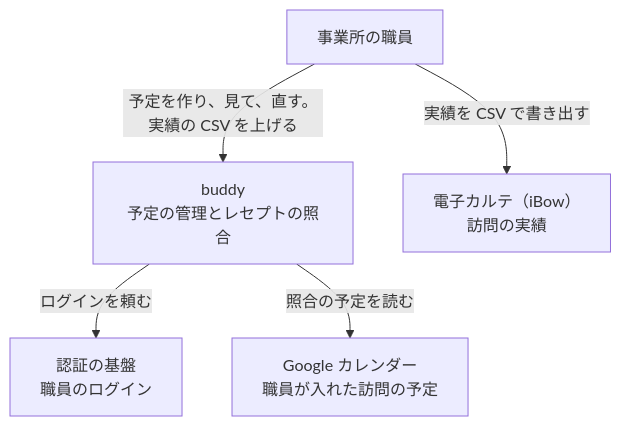
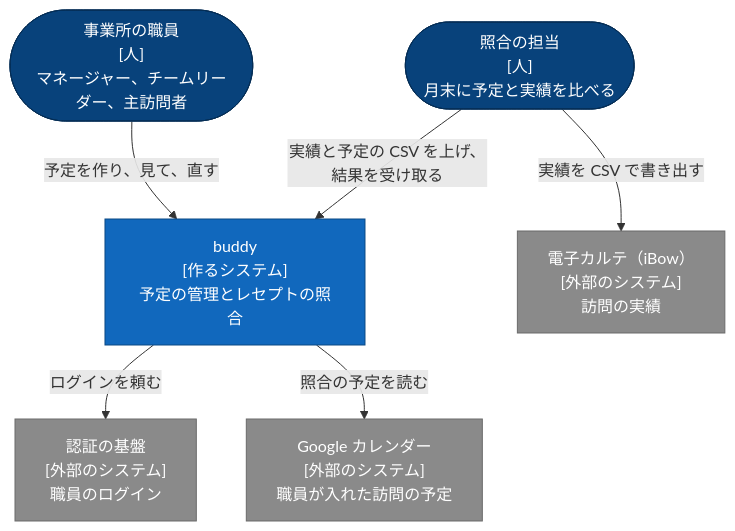
One commit to Fukuemon/buddy changed the second of 2 diagrams in docs/PRD.md. Above: the diagram before and after it, drawn with Mermaid. The commit also changed other lines of this file, not shown here.

Commit message:
docs: PRD を職員が得るものと業務の課題で書き直し、図の要素の種類を分ける #80

````diff
--- a/docs/PRD.md
+++ b/docs/PRD.md
@@ -123,12 +133,20 @@
 ```mermaid
 flowchart TB
-  staff["事業所の職員"]
-  buddy["buddy<br/>予定の管理とレセプトの照合"]
-  idp["認証の基盤<br/>職員のログイン"]
-  emr["電子カルテ（iBow）<br/>訪問の実績"]
-  gcal["Google カレンダー<br/>職員が入れた訪問の予定"]
-  staff -- "予定を作り、見て、直す。実績の CSV を上げる" --> buddy
+  staff(["事業所の職員<br/>[人]<br/>マネージャー、チームリーダー、主訪問者"])
+  checker(["照合の担当<br/>[人]<br/>月末に予定と実績を比べる"])
+  buddy["buddy<br/>[作るシステム]<br/>予定の管理とレセプトの照合"]
+  idp["認証の基盤<br/>[外部のシステム]<br/>職員のログイン"]
+  gcal["Google カレンダー<br/>[外部のシステム]<br/>職員が入れた訪問の予定"]
+  emr["電子カルテ（iBow）<br/>[外部のシステム]<br/>訪問の実績"]
+  staff -- "予定を作り、見て、直す" --> buddy
+  checker -- "実績と予定の CSV を上げ、結果を受け取る" --> buddy
+  checker -- "実績を CSV で書き出す" --> emr
   buddy -- "ログインを頼む" --> idp
-  staff -- "実績を CSV で書き出す" --> emr
   buddy -- "照合の予定を読む" --> gcal
+  classDef person fill:#08427b,stroke:#052e56,color:#fff
+  classDef system fill:#1168bd,stroke:#0b4884,color:#fff
+  classDef external fill:#8a8a8a,stroke:#6b6b6b,color:#fff
+  class staff,checker person
+  class buddy system
+  class idp,gcal,emr external
 ```
````
